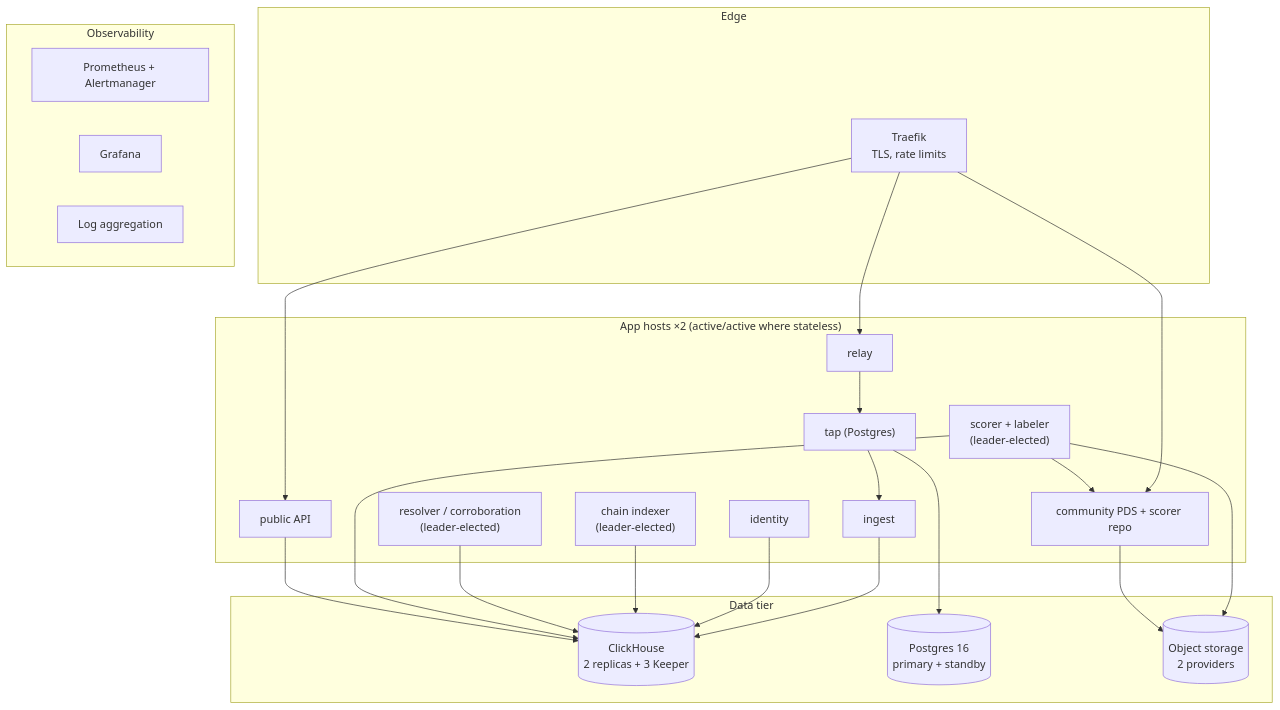
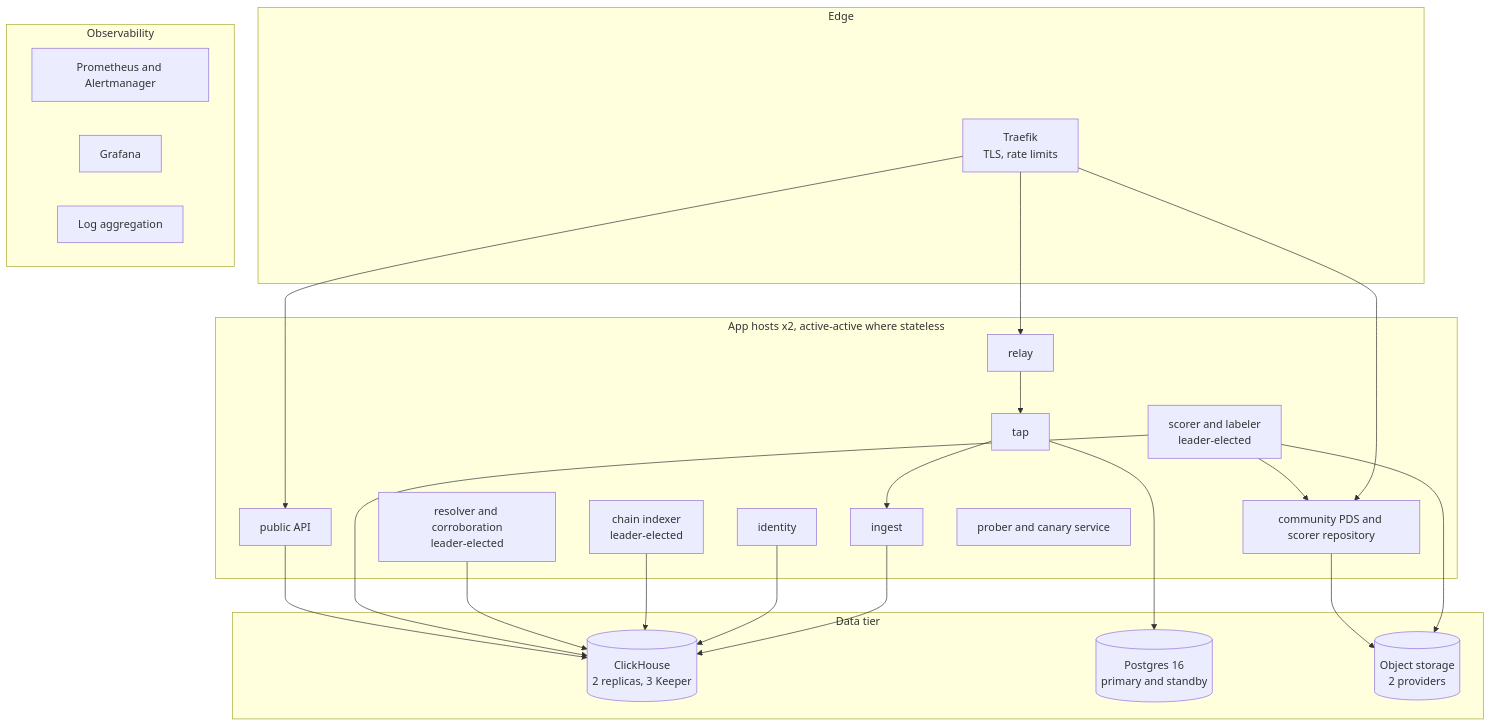
Before and after one commit to Cloud-SPE/Livepeer-AT-Protocol: the second of 3 diagrams in implementation-plan.md, drawn with Mermaid. The commit also changed other lines of this file and 6 other files, not shown here.

````diff
--- a/implementation-plan.md
+++ b/implementation-plan.md
@@ -944,40 +681,41 @@
 ```mermaid
 flowchart TB
   subgraph EDGE["Edge"]
     TR["Traefik<br/>TLS, rate limits"]
   end
-  subgraph APPHOSTS["App hosts ×2 (active/active where stateless)"]
+  subgraph APPHOSTS["App hosts x2, active-active where stateless"]
     RLY["relay"]
-    TAPS["tap (Postgres)"]
+    TAPS["tap"]
     ING["ingest"]
     IDS["identity"]
-    IDX["chain indexer<br/>(leader-elected)"]
-    RES["resolver / corroboration<br/>(leader-elected)"]
-    SCR["scorer + labeler<br/>(leader-elected)"]
+    IDX["chain indexer<br/>leader-elected"]
+    RES["resolver and corroboration<br/>leader-elected"]
+    SCR["scorer and labeler<br/>leader-elected"]
     APIS["public API"]
-    PDS["community PDS + scorer repo"]
+    PDS["community PDS and scorer repository"]
+    PRB["prober and canary service"]
   end
   subgraph DATA["Data tier"]
-    CH[("ClickHouse<br/>2 replicas + 3 Keeper")]
-    PG[("Postgres 16<br/>primary + standby")]
+    CH[("ClickHouse<br/>2 replicas, 3 Keeper")]
+    PG[("Postgres 16<br/>primary and standby")]
     OBJ[("Object storage<br/>2 providers")]
   end
   subgraph OBS["Observability"]
-    PROM["Prometheus + Alertmanager"]
+    PROM["Prometheus and Alertmanager"]
     GRAF["Grafana"]
     LOKI["Log aggregation"]
   end
   TR --> RLY
   TR --> APIS
   TR --> PDS
   RLY --> TAPS --> ING --> CH
   IDS --> CH
   IDX --> CH
   RES --> CH
   SCR --> CH
   SCR --> PDS
   SCR --> OBJ
   TAPS --> PG
   PDS --> OBJ
   APIS --> CH
 ```
````
